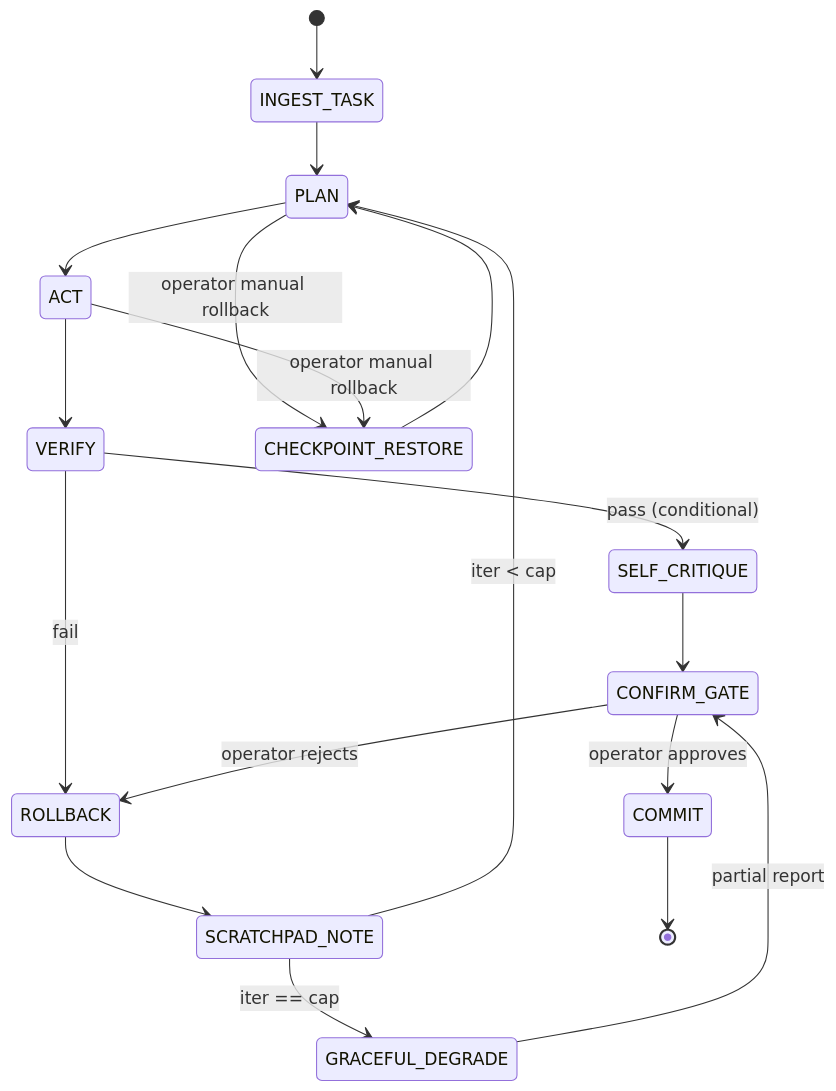
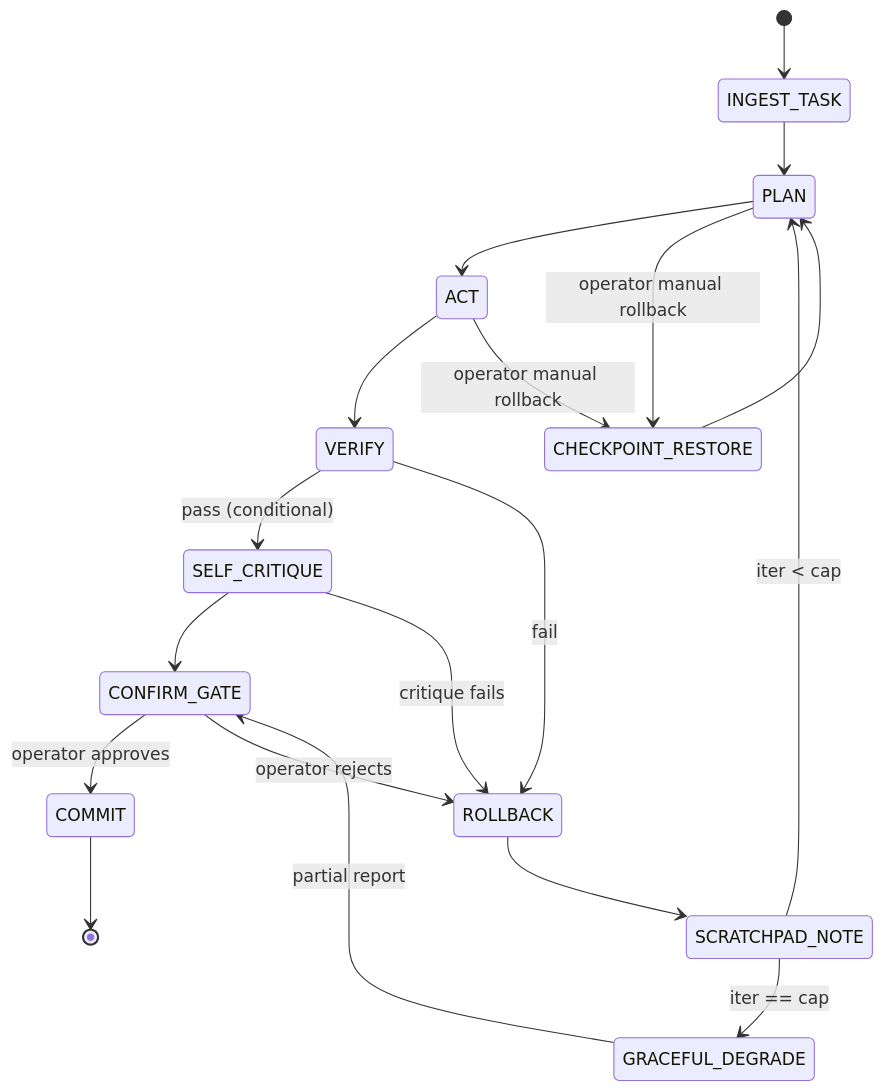
One commit to kushalrathore19/Otsutsuki changed the fourth of 5 diagrams in README.md. Above: the diagram before and after it, drawn with Mermaid. The commit also changed other lines of this file, not shown here.

Commit message:
docs: consolidate README — document three-tool architecture, add diagrams

````diff
--- a/README.md
+++ b/README.md
@@ -149,20 +350,21 @@
 ```mermaid
 stateDiagram-v2
     [*] --> INGEST_TASK
     INGEST_TASK --> PLAN
     PLAN --> ACT
     ACT --> VERIFY
     VERIFY --> SELF_CRITIQUE : pass (conditional)
     VERIFY --> ROLLBACK : fail
     SELF_CRITIQUE --> CONFIRM_GATE
+    SELF_CRITIQUE --> ROLLBACK : critique fails
     CONFIRM_GATE --> COMMIT : operator approves
     CONFIRM_GATE --> ROLLBACK : operator rejects
     ROLLBACK --> SCRATCHPAD_NOTE
     SCRATCHPAD_NOTE --> PLAN : iter < cap
     SCRATCHPAD_NOTE --> GRACEFUL_DEGRADE : iter == cap
     GRACEFUL_DEGRADE --> CONFIRM_GATE : partial report
     COMMIT --> [*]
     PLAN --> CHECKPOINT_RESTORE : operator manual rollback
     ACT --> CHECKPOINT_RESTORE : operator manual rollback
     CHECKPOINT_RESTORE --> PLAN
 ```
````
